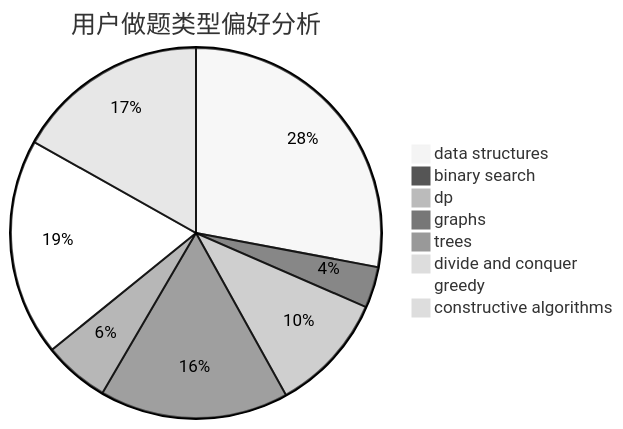
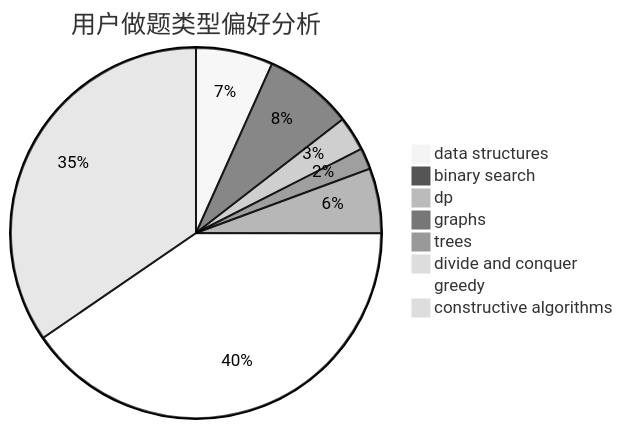
The second of 3 diagrams in docs/user/u2635.md (sherpahu/cfrs.github.io), drawn with Mermaid (neutral theme) before and after one commit. The commit also changed other lines of this file and 2770 other files, not shown here.

````diff
--- a/docs/user/u2635.md
+++ b/docs/user/u2635.md
@@ -23,11 +23,11 @@
 ```mermaid
 pie title 用户做题类型偏好分析
-    "data structures" :  78
-    "binary search" :  10
-    "dp" :  29
-    "graphs" :  46
-    "trees" :  16
+    "data structures" :  76
+    "binary search" :  88
+    "dp" :  34
+    "graphs" :  21
+    "trees" :  64
     "divide and conquer" :  0
-    "greedy" :  53
-    "constructive algorithms" :  47
+    "greedy" :  457
+    "constructive algorithms" :  391
 ```
````
